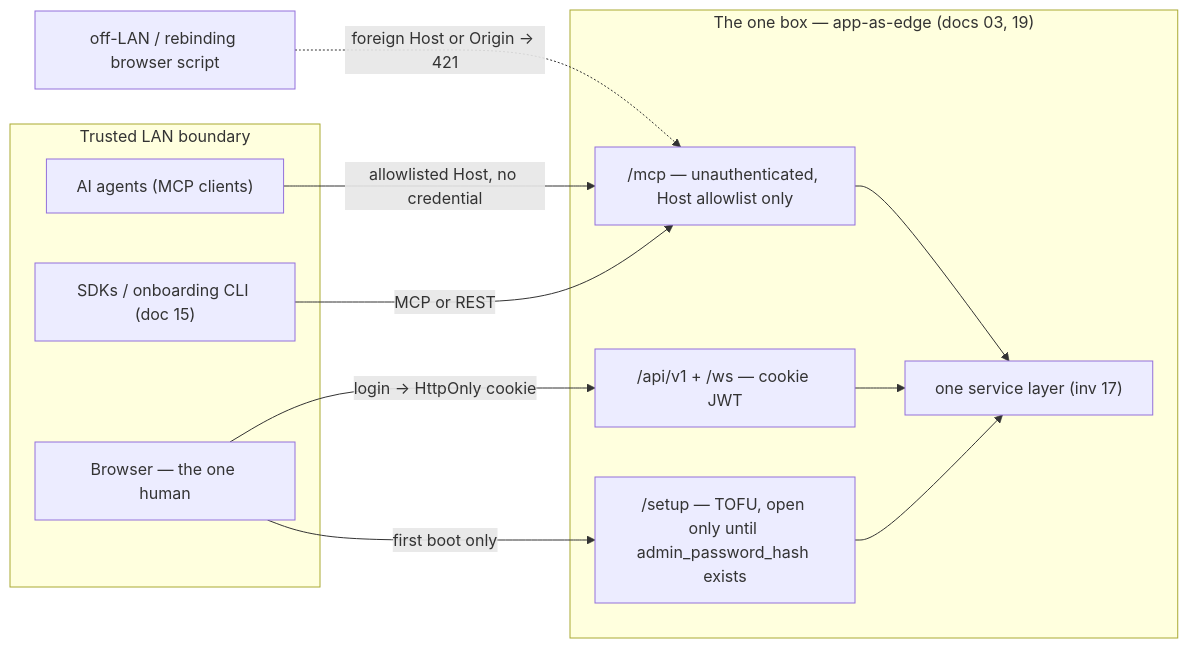
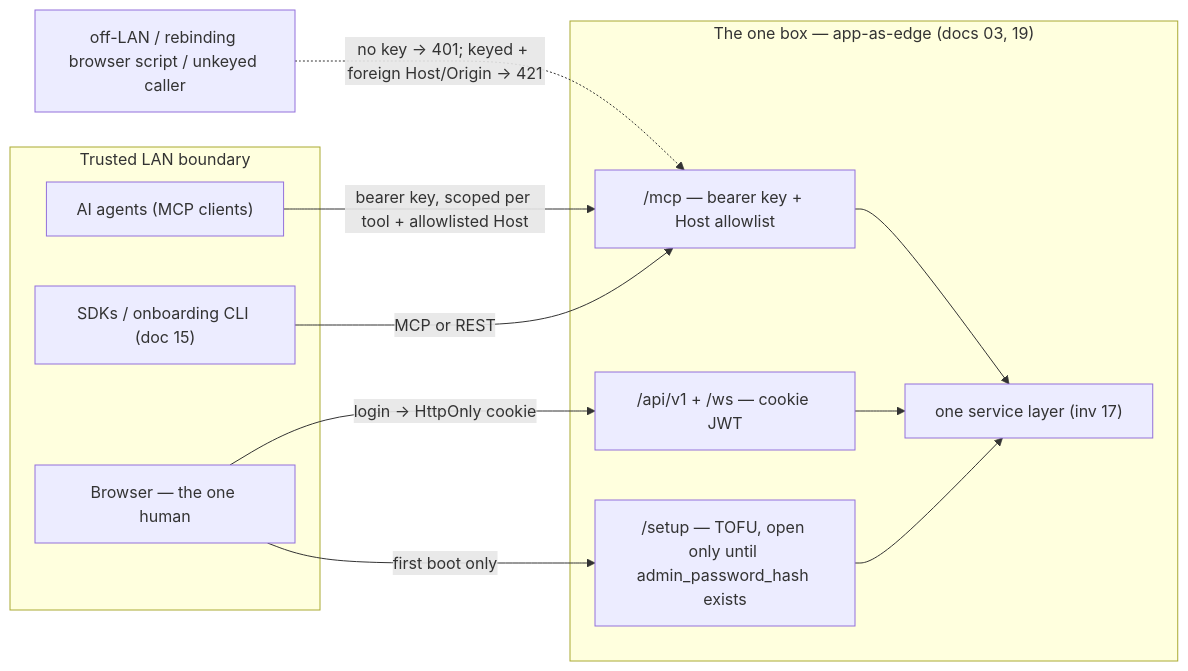
The first of 6 diagrams in docs/design/18-security-auth-and-trust.md (darkraise/darkmem), drawn with Mermaid before and after one commit. The commit also changed other lines of this file, not shown here.

First line of the commit message:
docs(mcp): fix doc 18's self-contradicting SS2 and SS10

````diff
--- a/docs/design/18-security-auth-and-trust.md
+++ b/docs/design/18-security-auth-and-trust.md
@@ -29,22 +29,22 @@
 ```mermaid
 flowchart LR
     subgraph LAN["Trusted LAN boundary"]
         AGENT["AI agents (MCP clients)"]
         HUMAN["Browser — the one human"]
         CLI["SDKs / onboarding CLI (doc 15)"]
     end
     subgraph BOX["The one box — app-as-edge (docs 03, 19)"]
-        MCPD["/mcp — unauthenticated, Host allowlist only"]
+        MCPD["/mcp — bearer key + Host allowlist"]
         REST["/api/v1 + /ws — cookie JWT"]
         SETUP["/setup — TOFU, open only until admin_password_hash exists"]
         SVC["one service layer (inv 17)"]
     end
-    WORLD["off-LAN / rebinding browser script"] -.->|"foreign Host or Origin → 421"| MCPD
-    AGENT -->|"allowlisted Host, no credential"| MCPD
+    WORLD["off-LAN / rebinding browser script / unkeyed caller"] -.->|"no key → 401; keyed + foreign Host/Origin → 421"| MCPD
+    AGENT -->|"bearer key, scoped per tool + allowlisted Host"| MCPD
     HUMAN -->|"login → HttpOnly cookie"| REST
     HUMAN -->|"first boot only"| SETUP
     CLI -->|"MCP or REST"| MCPD
     MCPD --> SVC
     REST --> SVC
     SETUP --> SVC
 ```
````
